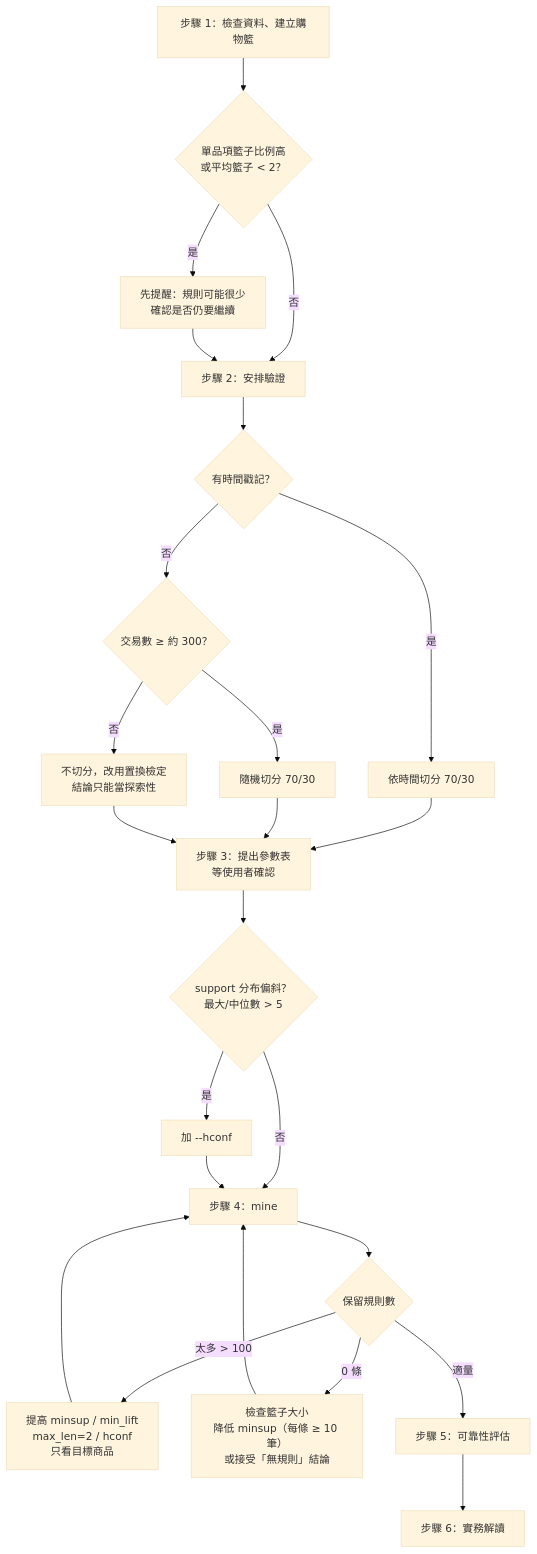
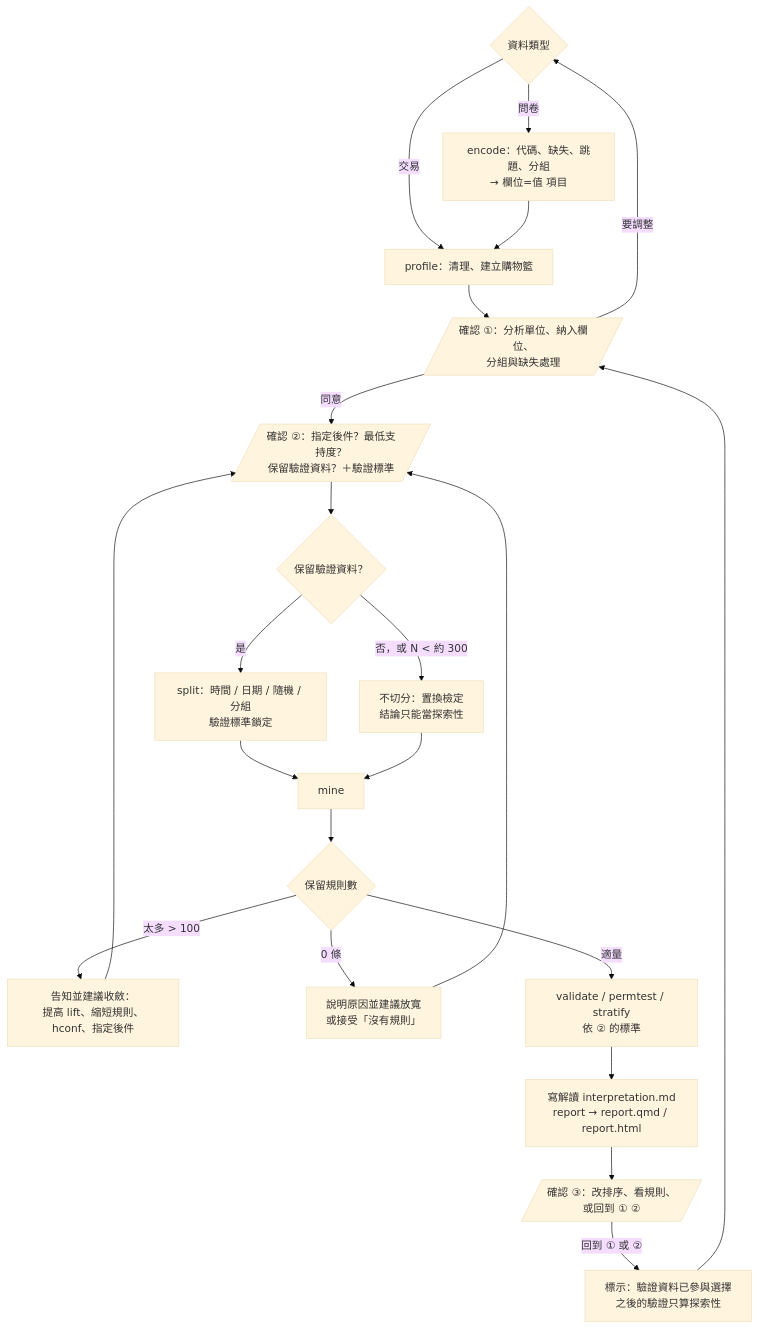
The diagram in references/decision-tree.md (baymax6716/association-rules-skill), drawn with Mermaid (base theme) before and after one commit. The commit also changed other lines of this file and 15 other files, not shown here.

First line of the commit message:
Add survey data support, three-checkpoint workflow, and QMD/HTML reports

````diff
--- a/references/decision-tree.md
+++ b/references/decision-tree.md
@@ -5,24 +6,21 @@
 ```mermaid
 flowchart TD
-    S1[步驟 1：檢查資料、建立購物籃] --> Q1{單品項籃子比例高<br/>或平均籃子 < 2？}
-    Q1 -- 是 --> W1[先提醒：規則可能很少<br/>確認是否仍要繼續]
-    Q1 -- 否 --> S2
-    W1 --> S2[步驟 2：安排驗證]
-    S2 --> Q2{有時間戳記？}
-    Q2 -- 是 --> T[依時間切分 70/30]
-    Q2 -- 否 --> Q3{交易數 ≥ 約 300？}
-    Q3 -- 是 --> R[隨機切分 70/30]
-    Q3 -- 否 --> P[不切分，改用置換檢定<br/>結論只能當探索性]
-    T --> S3
-    R --> S3
-    P --> S3[步驟 3：提出參數表<br/>等使用者確認]
-    S3 --> Q4{support 分布偏斜？<br/>最大/中位數 > 5}
-    Q4 -- 是 --> H[加 --hconf]
-    Q4 -- 否 --> S4
-    H --> S4[步驟 4：mine]
-    S4 --> Q5{保留規則數}
-    Q5 -- 太多 > 100 --> M1[提高 minsup / min_lift<br/>max_len=2 / hconf<br/>只看目標商品] --> S4
-    Q5 -- 0 條 --> M2[檢查籃子大小<br/>降低 minsup（每條 ≥ 10 筆）<br/>或接受「無規則」結論] --> S4
-    Q5 -- 適量 --> S5[步驟 5：可靠性評估]
-    S5 --> S6[步驟 6：實務解讀]
+    D{資料類型} -- 交易 --> P1[profile：清理、建立購物籃]
+    D -- 問卷 --> E1[encode：代碼、缺失、跳題、分組<br/>→ 欄位=值 項目]
+    E1 --> P1
+    P1 --> C1[/確認 ①：分析單位、納入欄位、<br/>分組與缺失處理/]
+    C1 -- 要調整 --> D
+    C1 -- 同意 --> C2[/確認 ②：指定後件？最低支持度？<br/>保留驗證資料？＋驗證標準/]
+    C2 --> Q2{保留驗證資料？}
+    Q2 -- 是 --> SP[split：時間 / 日期 / 隨機 / 分組<br/>驗證標準鎖定]
+    Q2 -- 否，或 N < 約 300 --> NP[不切分：置換檢定<br/>結論只能當探索性]
+    SP --> M[mine]
+    NP --> M
+    M --> Q5{保留規則數}
+    Q5 -- 太多 > 100 --> T1[告知並建議收斂：<br/>提高 lift、縮短規則、hconf、指定後件] --> C2
+    Q5 -- 0 條 --> T2[說明原因並建議放寬<br/>或接受「沒有規則」] --> C2
+    Q5 -- 適量 --> V[validate / permtest / stratify<br/>依 ② 的標準]
+    V --> R[寫解讀 interpretation.md<br/>report → report.qmd / report.html]
+    R --> C3[/確認 ③：改排序、看規則、<br/>或回到 ① ②/]
+    C3 -- 回到 ① 或 ② --> W[標示：驗證資料已參與選擇<br/>之後的驗證只算探索性] --> C1
 ```
````
